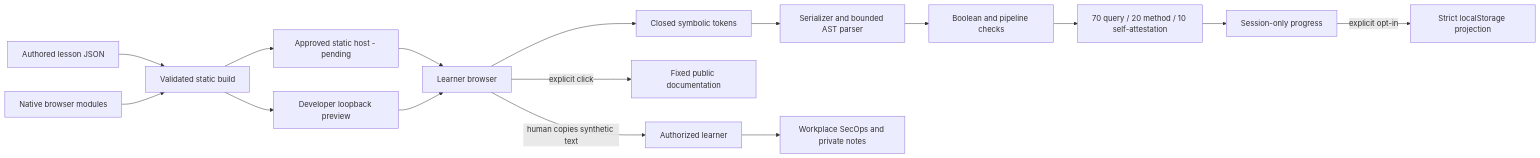
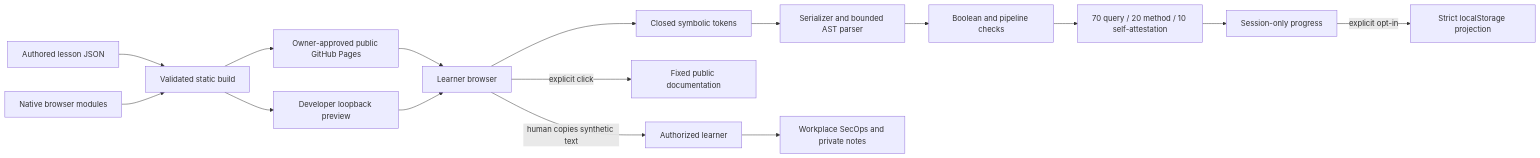
Before and after one commit to mwill20/KC7-SecOps: the diagram in docs/ARCHITECTURE.md, drawn with Mermaid. The commit also changed other lines of this file and 9 other files, not shown here.

````diff
--- a/docs/ARCHITECTURE.md
+++ b/docs/ARCHITECTURE.md
@@ -7,18 +7,18 @@
 ```mermaid
 flowchart LR
   Content[Authored lesson JSON] --> Build[Validated static build]
   Code[Native browser modules] --> Build
-  Build --> Host[Approved static host - pending]
+  Build --> Host[Owner-approved public GitHub Pages]
   Build --> Preview[Developer loopback preview]
   Host --> Browser[Learner browser]
   Preview --> Browser
   Browser --> Tokens[Closed symbolic tokens]
   Tokens --> Parse[Serializer and bounded AST parser]
   Parse --> Grade[Boolean and pipeline checks]
   Grade --> Score[70 query / 20 method / 10 self-attestation]
   Score --> Memory[Session-only progress]
   Memory -->|explicit opt-in| Store[Strict localStorage projection]
   Browser -->|explicit click| Docs[Fixed public documentation]
   Browser -->|human copies synthetic text| Human[Authorized learner]
   Human --> SecOps[Workplace SecOps and private notes]
 ```
````
